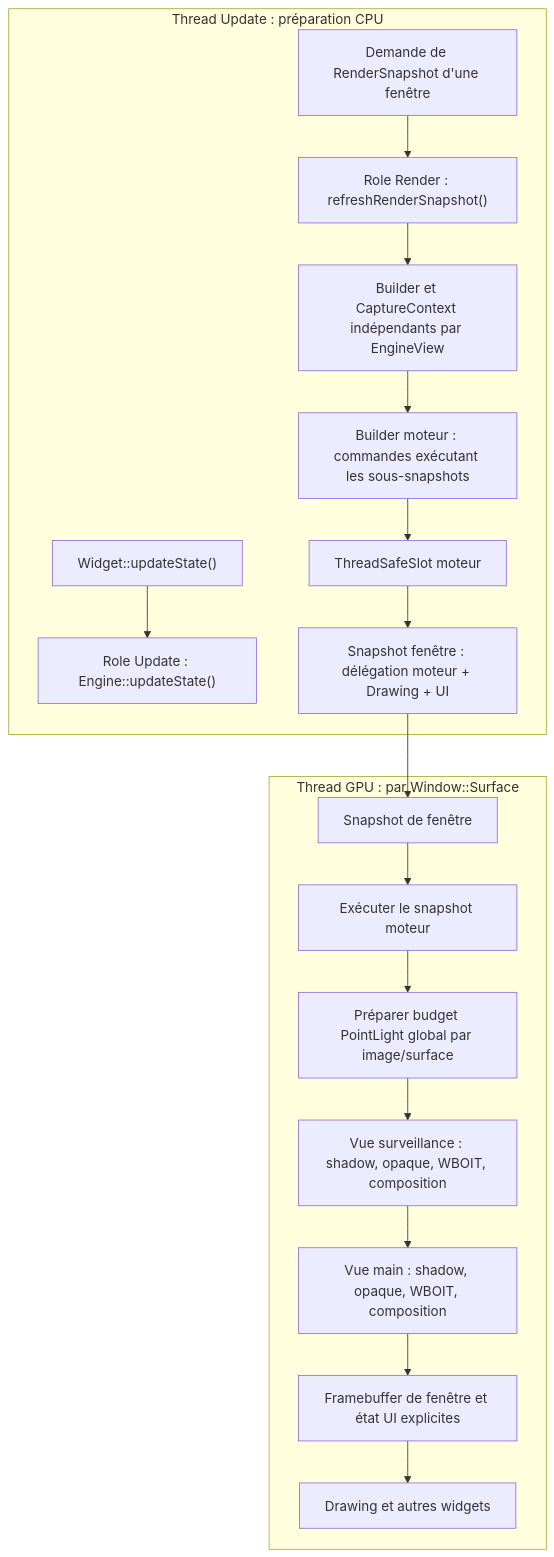
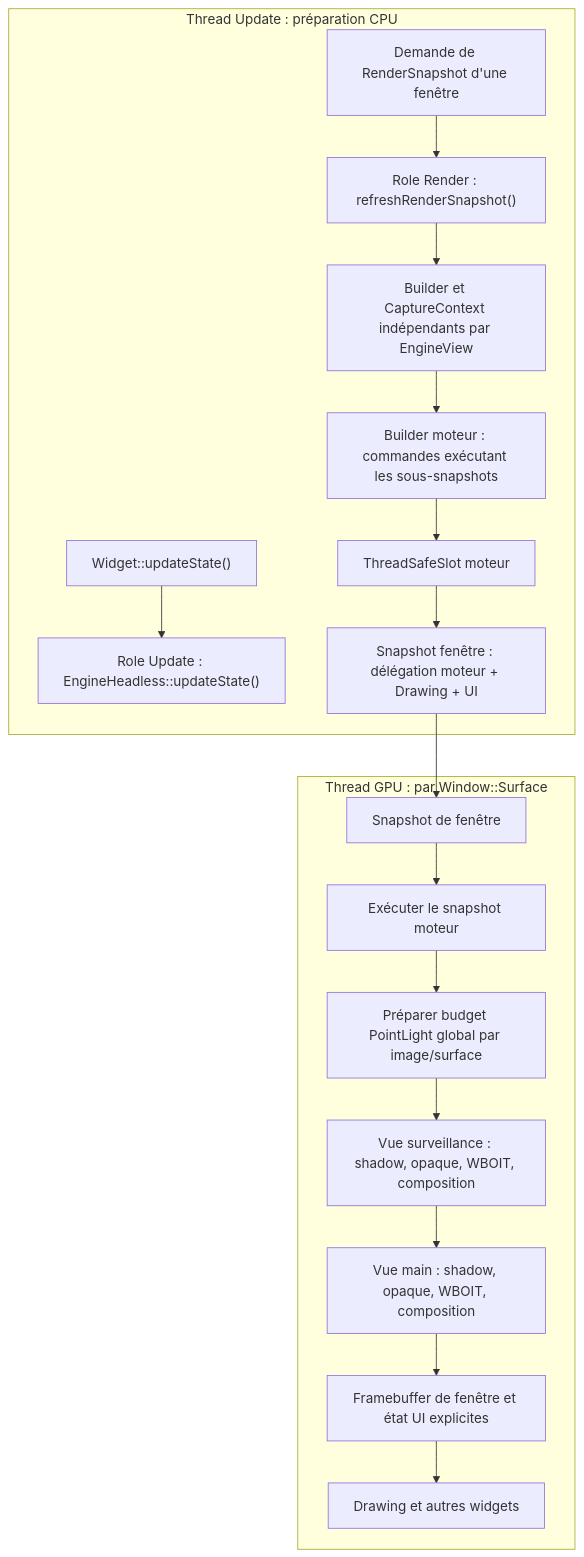
Before and after one commit to EreliaStudio/Sparkle: the fourth of 10 diagrams in docs/voxel-engine-v0.1.4/07-vues-et-passes.md, drawn with Mermaid. The commit also changed other lines of this file and 46 other files, not shown here.

Commit message:
PR09: align Engine and EngineHeadless names with Model3D conventions

````diff
--- a/docs/voxel-engine-v0.1.4/07-vues-et-passes.md
+++ b/docs/voxel-engine-v0.1.4/07-vues-et-passes.md
@@ -359,26 +359,26 @@
 ```mermaid
 flowchart TB
   subgraph U["Thread Update : préparation CPU"]
     Widgets["Widget::updateState()"]
-    Logic["Role Update : Engine::updateState()"]
+    Logic["Role Update : EngineHeadless::updateState()"]
     Requested["Demande de RenderSnapshot d'une fenêtre"]
     Refresh["Role Render : refreshRenderSnapshot()"]
     PerView["Builder et CaptureContext indépendants par EngineView"]
     EngineBuilder["Builder moteur : commandes exécutant les sous-snapshots"]
     Slot["ThreadSafeSlot moteur"]
     WindowSnap["Snapshot fenêtre : délégation moteur + Drawing + UI"]
     Widgets --> Logic
     Requested --> Refresh --> PerView --> EngineBuilder --> Slot --> WindowSnap
   end
   subgraph G["Thread GPU : par Window::Surface"]
     Consume["Snapshot de fenêtre"]
     EngineExec["Exécuter le snapshot moteur"]
     Plan["Préparer budget PointLight global par image/surface"]
     Surveillance["Vue surveillance : shadow, opaque, WBOIT, composition"]
     Main["Vue main : shadow, opaque, WBOIT, composition"]
     Restore["Framebuffer de fenêtre et état UI explicites"]
     UI["Drawing et autres widgets"]
     Consume --> EngineExec --> Plan --> Surveillance --> Main --> Restore --> UI
   end
   WindowSnap --> Consume
 ```
````
